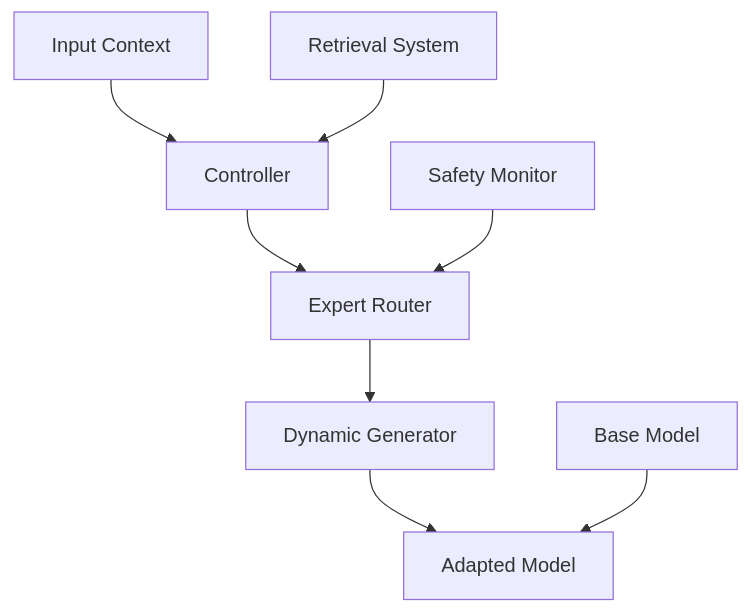
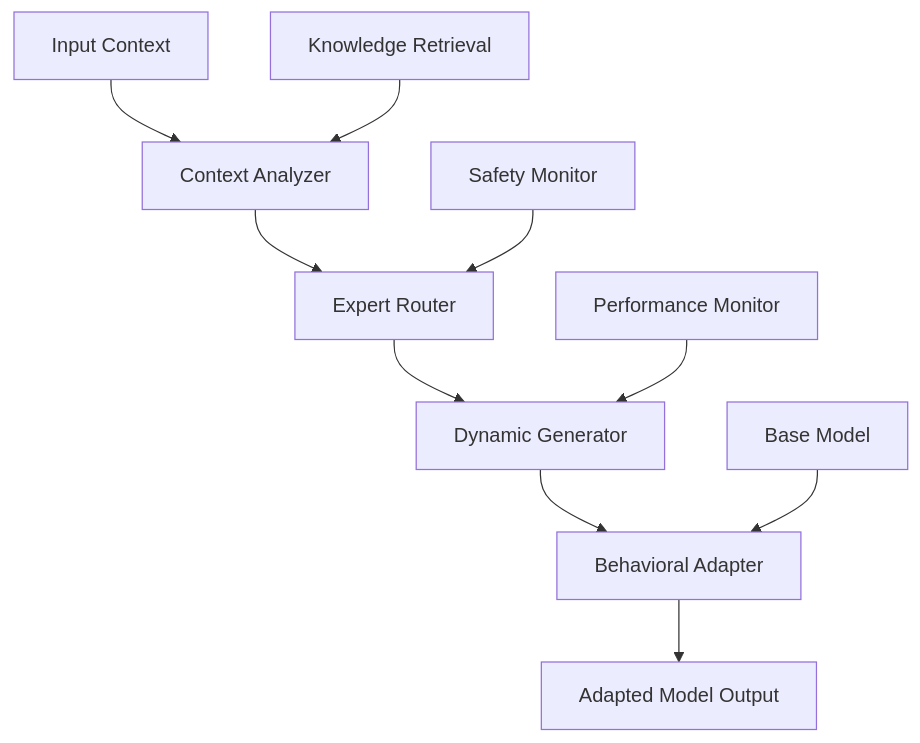
The diagram in README.md (sibyllinesoft/BEM), drawn with Mermaid before and after one commit. The commit also changed other lines of this file and 10 other files, not shown here.

````diff
--- a/README.md
+++ b/README.md
@@ -85,11 +63,13 @@
 ```mermaid
-graph TD
-    A[Input Context] --> B[Controller]
+graph TB
+    A[Input Context] --> B[Context Analyzer]
     B --> C[Expert Router]
     C --> D[Dynamic Generator]
-    D --> E[Adapted Model]
+    D --> E[Behavioral Adapter]
+    E --> F[Adapted Model Output]
     
-    F[Base Model] --> E
-    G[Retrieval System] --> B
-    H[Safety Monitor] --> C
+    G[Base Model] --> E
+    H[Knowledge Retrieval] --> B
+    I[Safety Monitor] --> C
+    J[Performance Monitor] --> D
 ```
````
